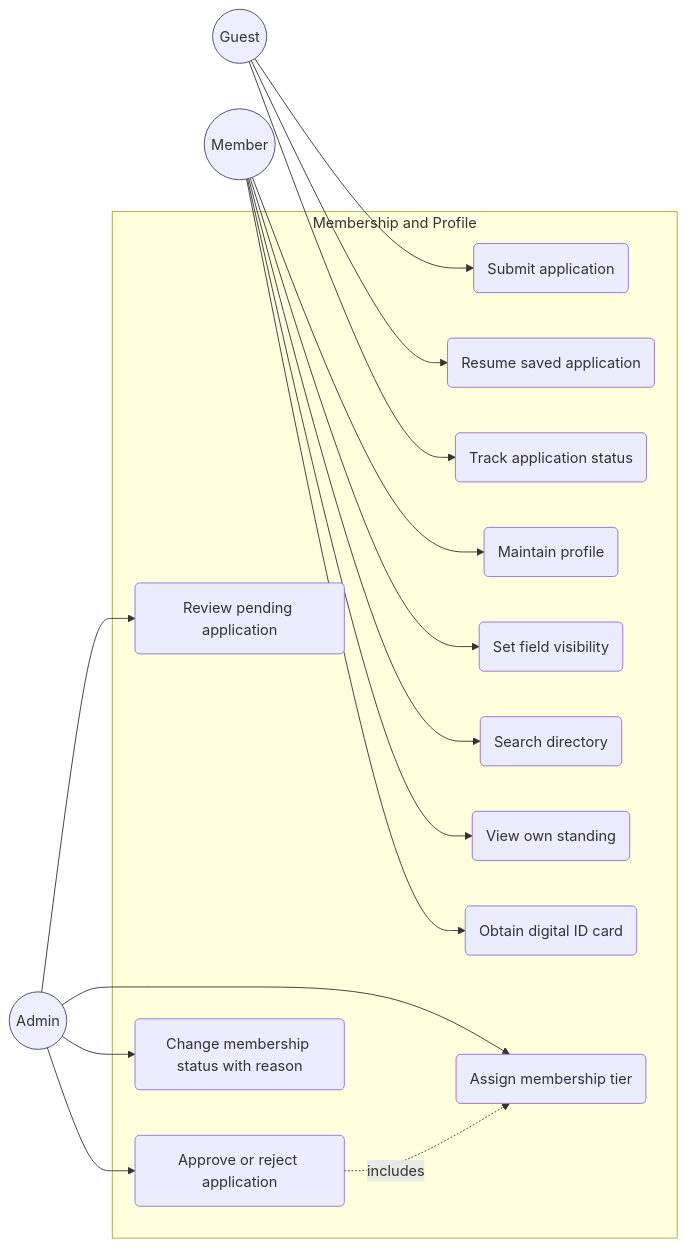
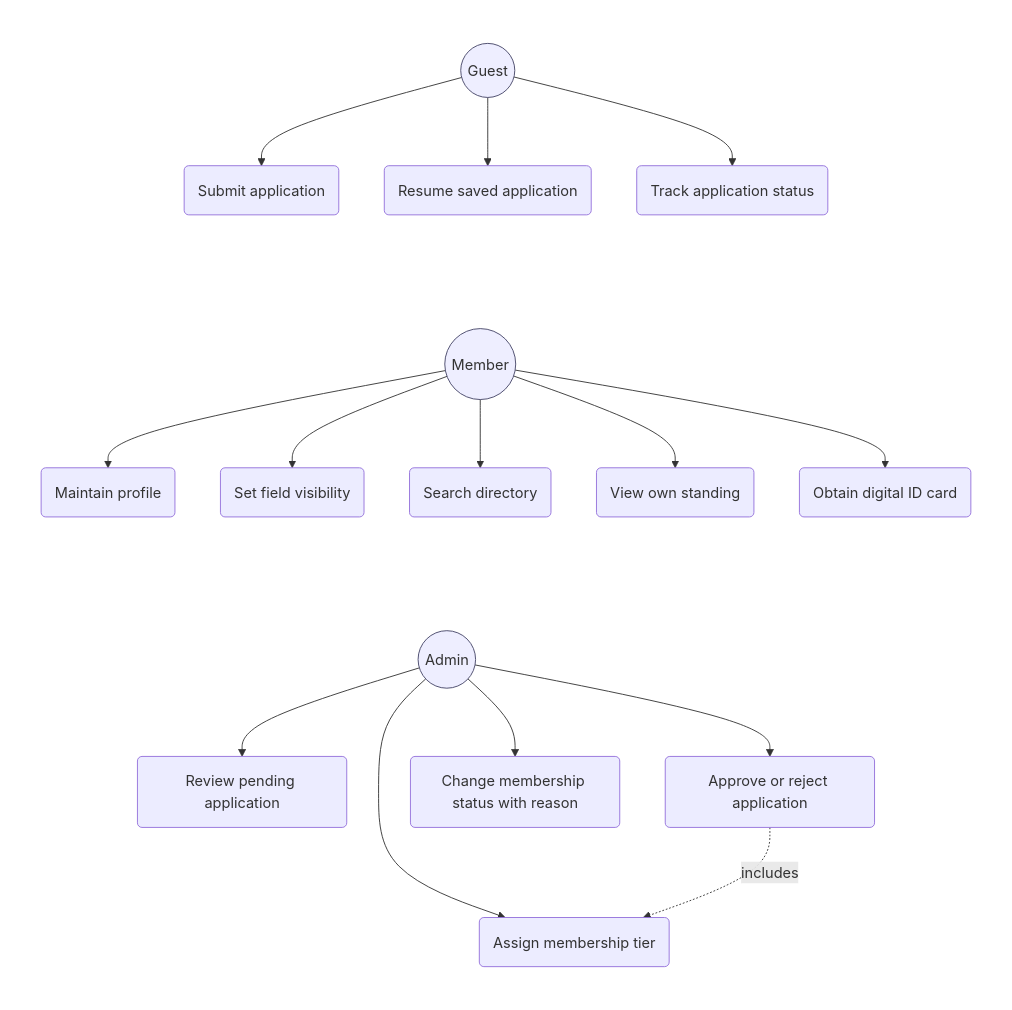
Before and after one commit to shalin-rahman/GHCAA: the second of 12 diagrams in docs/book/03-requirements.md, drawn with Mermaid. The commit also changed other lines of this file and 42 other files, not shown here.

````diff
--- a/docs/book/03-requirements.md
+++ b/docs/book/03-requirements.md
@@ -757,34 +750,31 @@
 ```mermaid
-flowchart LR
-    G(( Guest )):::a
-    M(( Member )):::a
-    AD(( Admin )):::a
-    subgraph S["Membership and Profile"]
-      U1(Submit application)
-      U2(Resume saved application)
-      U3(Track application status)
-      U4(Maintain profile)
-      U5(Set field visibility)
-      U6(Search directory)
-      U7(View own standing)
-      U8(Obtain digital ID card)
-      U9(Review pending application)
-      U10(Approve or reject application)
-      U11(Assign membership tier)
-      U12(Change membership status with reason)
+flowchart TB
+    subgraph RG[" "]
+      direction TB
+      G(( Guest )):::a --> U1(Submit application)
+      G --> U2(Resume saved application)
+      G --> U3(Track application status)
     end
-    G --> U1
-    G --> U2
-    G --> U3
-    M --> U4
-    M --> U5
-    M --> U6
-    M --> U7
-    M --> U8
-    AD --> U9
-    AD --> U10
-    AD --> U11
-    AD --> U12
-    U10 -.->|includes| U11
+    subgraph RM[" "]
+      direction TB
+      M(( Member )):::a --> U4(Maintain profile)
+      M --> U5(Set field visibility)
+      M --> U6(Search directory)
+      M --> U7(View own standing)
+      M --> U8(Obtain digital ID card)
+    end
+    subgraph RA[" "]
+      direction TB
+      AD(( Admin )):::a --> U9(Review pending application)
+      AD --> U10(Approve or reject application)
+      AD --> U11(Assign membership tier)
+      AD --> U12(Change membership status with reason)
+      U10 -.->|includes| U11
+    end
+    RG --> RM --> RA
+    linkStyle 13,14 stroke:none
+    style RG fill:none,stroke:none
+    style RM fill:none,stroke:none
+    style RA fill:none,stroke:none
     classDef a fill:#eef,stroke:#446
 ```
````
